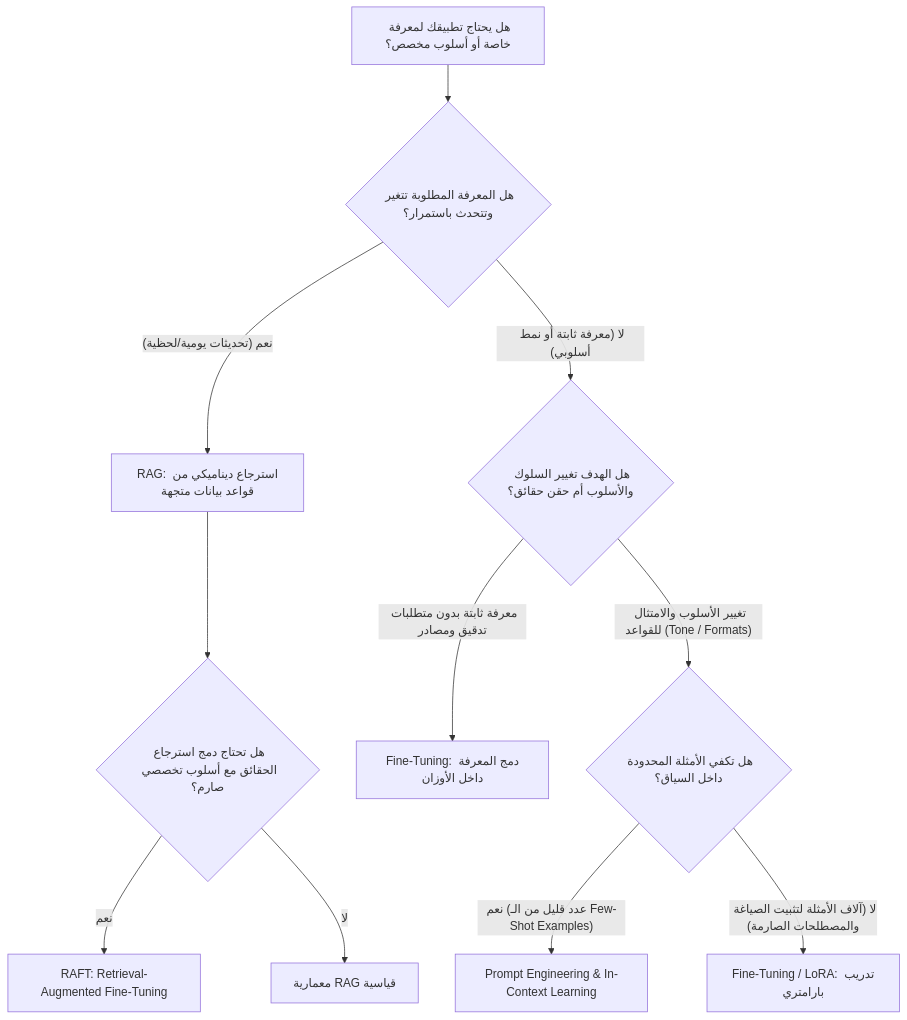
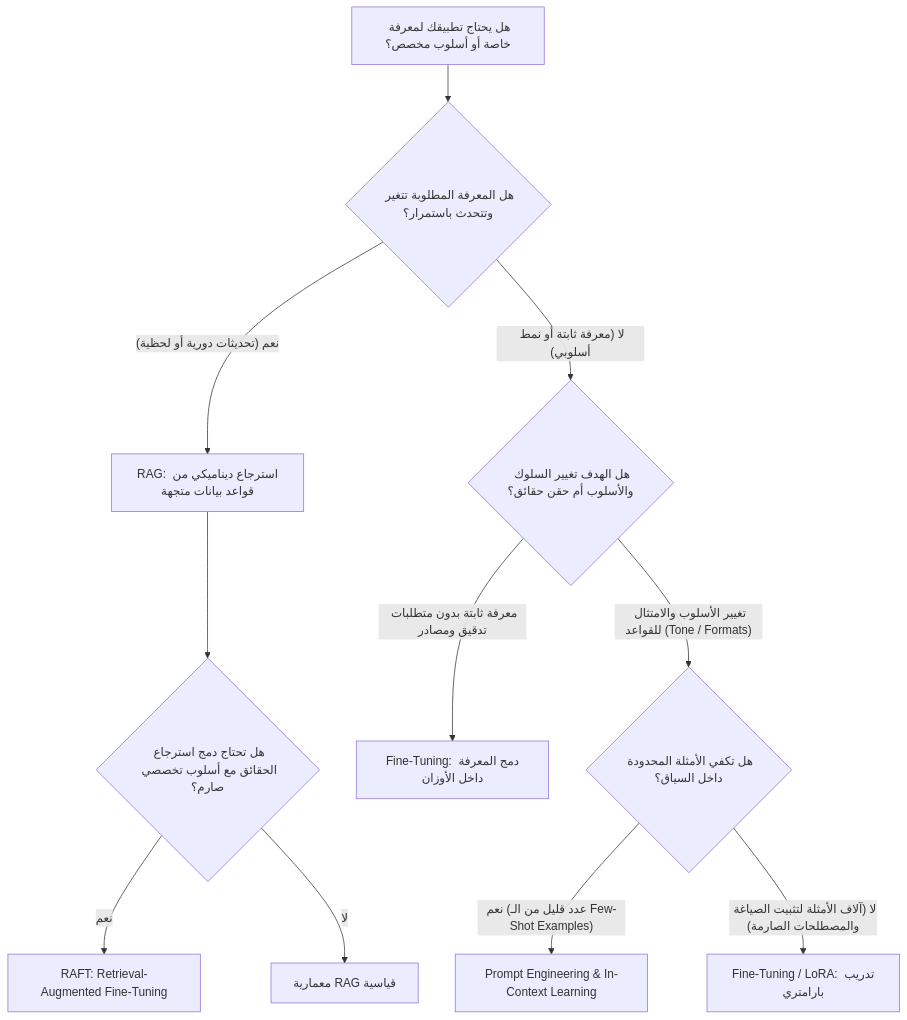
Before and after one commit to ali-abofouda/RAG-Mastery: the diagram in docs/00-rag-fundamentals/03-prompt-engineering-vs-finetuning-vs-rag.md, drawn with Mermaid. The commit also changed other lines of this file and 6 other files, not shown here.

Commit message:
docs: restructure 00-rag-fundamentals to concept-driven and code-backed architecture

````diff
--- a/docs/00-rag-fundamentals/03-prompt-engineering-vs-finetuning-vs-rag.md
+++ b/docs/00-rag-fundamentals/03-prompt-engineering-vs-finetuning-vs-rag.md
@@ -13,17 +14,17 @@
 ```mermaid
 flowchart TD
     Start["هل يحتاج تطبيقك لمعرفة خاصة أو أسلوب مخصص؟"] --> Q1{"هل المعرفة المطلوبة تتغير وتتحدث باستمرار؟"}
     
-    Q1 -- "نعم (تحديثات يومية/لحظية)" --> RAG["RAG: استرجاع ديناميكي من قواعد بيانات متجهة"]
+    Q1 -- "نعم (تحديثات دورية أو لحظية)" --> RAG["RAG: استرجاع ديناميكي من قواعد بيانات متجهة"]
     Q1 -- "لا (معرفة ثابتة أو نمط أسلوبي)" --> Q2{"هل الهدف تغيير السلوك والأسلوب أم حقن حقائق؟"}
     
     Q2 -- "تغيير الأسلوب والامتثال للقواعد (Tone / Formats)" --> Q3{"هل تكفي الأمثلة المحدودة داخل السياق؟"}
     Q2 -- "معرفة ثابتة بدون متطلبات تدقيق ومصادر" --> FT["Fine-Tuning: دمج المعرفة داخل الأوزان"]
     
     Q3 -- "نعم (عدد قليل من الـ Few-Shot Examples)" --> Prompt["Prompt Engineering & In-Context Learning"]
     Q3 -- "لا (آلاف الأمثلة لتثبيت الصياغة والمصطلحات الصارمة)" --> FT_Style["Fine-Tuning / LoRA: تدريب بارامتري"]
     
     RAG --> Hybrid{"هل تحتاج دمج استرجاع الحقائق مع أسلوب تخصصي صارم؟"}
     Hybrid -- "نعم" --> RAFT["RAFT: Retrieval-Augmented Fine-Tuning"]
     Hybrid -- "لا" --> PureRAG["معمارية RAG قياسية"]
 ```
````
